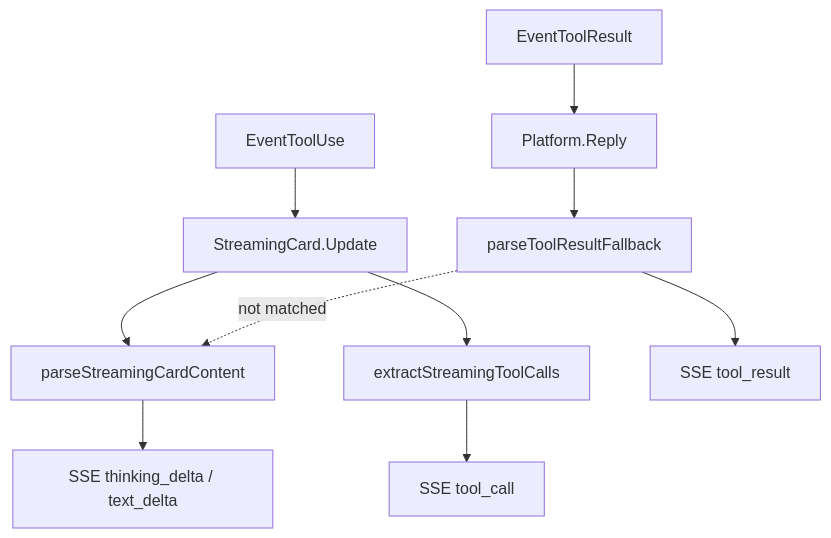
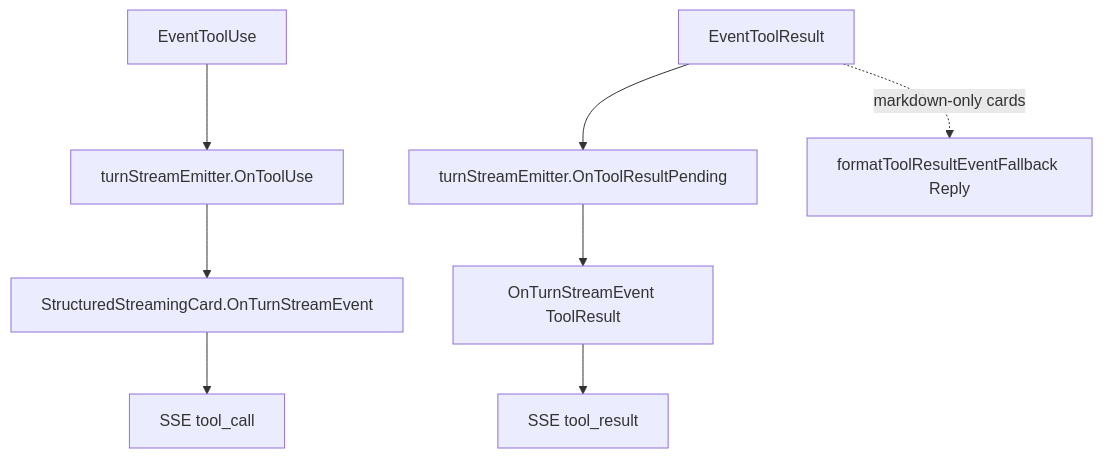
Before and after one commit to lengzhao/cc-connect: the diagram in docs/plans/2026-07-15-chat-api-tool-sse-design.md, drawn with Mermaid. The commit also changed other lines of this file and 8 other files, not shown here.

First line of the commit message:
feat(core): skip tool-result Reply for structured stream cards

````diff
--- a/docs/plans/2026-07-15-chat-api-tool-sse-design.md
+++ b/docs/plans/2026-07-15-chat-api-tool-sse-design.md
@@ -52,13 +55,12 @@
 ```mermaid
 flowchart TD
-  ToolUse["EventToolUse"] --> Card["StreamingCard.Update"]
-  Card --> Extract["extractStreamingToolCalls"]
-  Extract --> TC["SSE tool_call"]
-  Card --> Parse["parseStreamingCardContent"]
-  Parse --> TD["SSE thinking_delta / text_delta"]
+  ToolUse["EventToolUse"] --> Emit["turnStreamEmitter.OnToolUse"]
+  Emit --> SSC["StructuredStreamingCard.OnTurnStreamEvent"]
+  SSC --> TC["SSE tool_call"]
 
-  ToolResult["EventToolResult"] --> Reply["Platform.Reply"]
-  Reply --> Detect["parseToolResultFallback"]
-  Detect --> TR["SSE tool_result"]
-  Detect -.->|not matched| Parse
+  ToolResult["EventToolResult"] --> EmitR["turnStreamEmitter.OnToolResultPending"]
+  EmitR --> SSC2["OnTurnStreamEvent ToolResult"]
+  SSC2 --> TR["SSE tool_result"]
+
+  ToolResult -.->|markdown-only cards| Reply["formatToolResultEventFallback Reply"]
 ```
````
